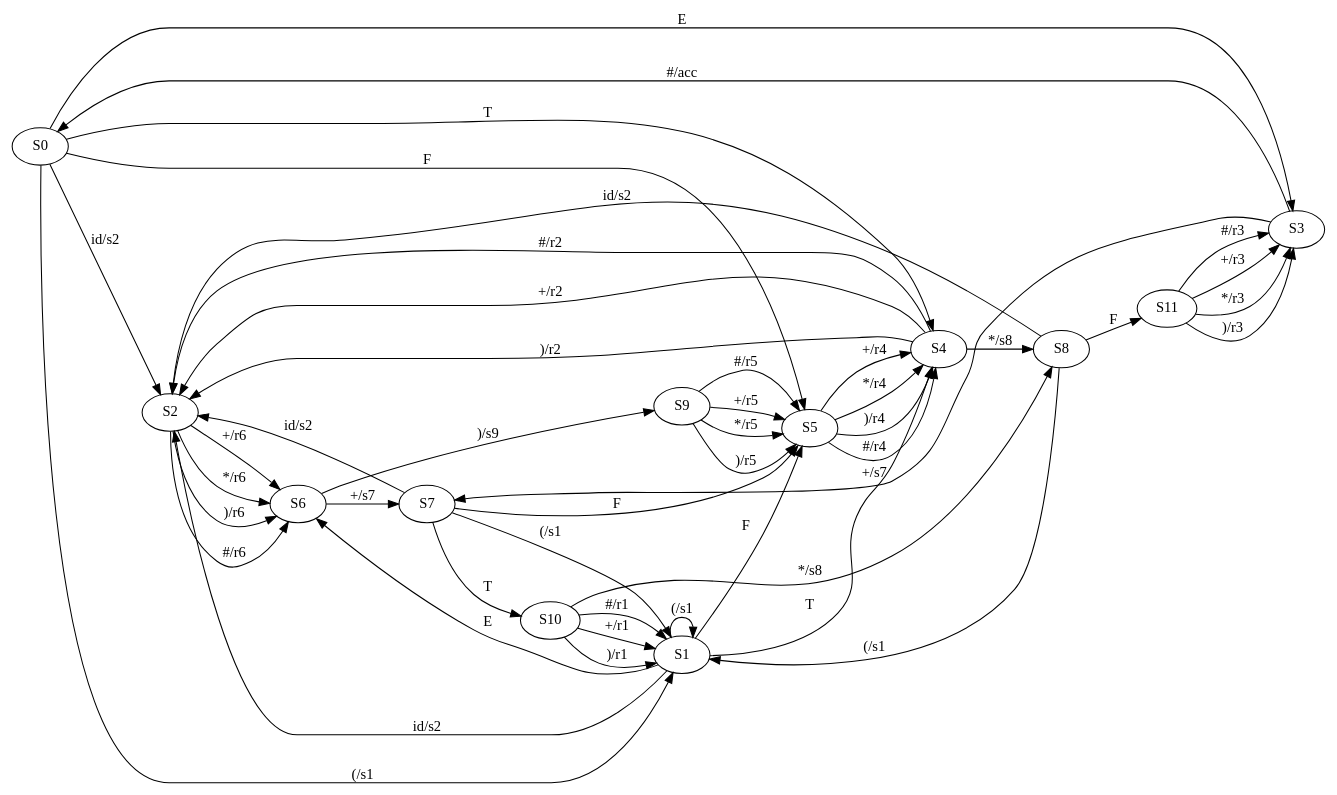
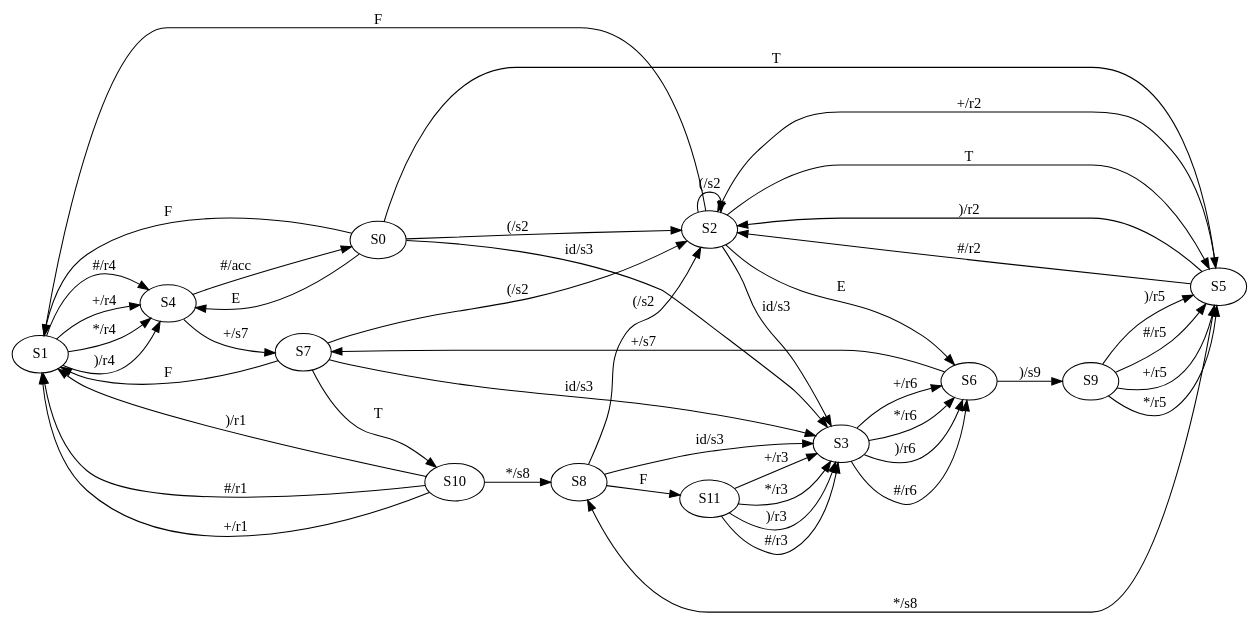
The diagram in lab4/parse_table.dot (Singert/XJTU_COMP451105), drawn with Graphviz before and after one commit. The commit also changed 16 other files, not shown here.

```diff
--- a/lab4/parse_table.dot
+++ b/lab4/parse_table.dot
@@ -1,49 +1,49 @@
 digraph ParseTable {
   rankdir=LR;
   node [shape=ellipse];
-  S0 -> S2 [label="id/s2"];
-  S0 -> S1 [label="(/s1"];
-  S2 -> S6 [label="#/r6"];
-  S2 -> S6 [label="+/r6"];
-  S2 -> S6 [label="*/r6"];
-  S2 -> S6 [label=")/r6"];
-  S3 -> S0 [label="#/acc"];
-  S3 -> S7 [label="+/s7"];
-  S5 -> S4 [label=")/r4"];
-  S5 -> S4 [label="#/r4"];
-  S5 -> S4 [label="+/r4"];
-  S5 -> S4 [label="*/r4"];
-  S7 -> S1 [label="(/s1"];
-  S7 -> S2 [label="id/s2"];
-  S9 -> S5 [label=")/r5"];
+  S1 -> S4 [label="#/r4"];
+  S1 -> S4 [label="+/r4"];
+  S1 -> S4 [label="*/r4"];
+  S1 -> S4 [label=")/r4"];
+  S2 -> S3 [label="id/s3"];
+  S2 -> S2 [label="(/s2"];
+  S7 -> S3 [label="id/s3"];
+  S7 -> S2 [label="(/s2"];
+  S10 -> S1 [label="#/r1"];
+  S10 -> S1 [label="+/r1"];
+  S10 -> S1 [label=")/r1"];
+  S10 -> S8 [label="*/s8"];
+  S11 -> S3 [label="*/r3"];
+  S11 -> S3 [label=")/r3"];
+  S11 -> S3 [label="#/r3"];
+  S11 -> S3 [label="+/r3"];
+  S0 -> S2 [label="(/s2"];
+  S0 -> S3 [label="id/s3"];
+  S3 -> S6 [label="#/r6"];
+  S3 -> S6 [label="+/r6"];
+  S3 -> S6 [label="*/r6"];
+  S3 -> S6 [label=")/r6"];
+  S4 -> S0 [label="#/acc"];
+  S4 -> S7 [label="+/s7"];
+  S5 -> S8 [label="*/s8"];
+  S5 -> S2 [label=")/r2"];
+  S5 -> S2 [label="#/r2"];
+  S5 -> S2 [label="+/r2"];
+  S6 -> S9 [label=")/s9"];
+  S6 -> S7 [label="+/s7"];
+  S8 -> S2 [label="(/s2"];
+  S8 -> S3 [label="id/s3"];
   S9 -> S5 [label="#/r5"];
   S9 -> S5 [label="+/r5"];
   S9 -> S5 [label="*/r5"];
-  S11 -> S3 [label="+/r3"];
-  S11 -> S3 [label="*/r3"];
-  S11 -> S3 [label=")/r3"];
-  S11 -> S3 [label="#/r3"];
-  S1 -> S1 [label="(/s1"];
-  S1 -> S2 [label="id/s2"];
-  S4 -> S8 [label="*/s8"];
-  S4 -> S2 [label="#/r2"];
-  S4 -> S2 [label="+/r2"];
-  S4 -> S2 [label=")/r2"];
-  S6 -> S9 [label=")/s9"];
-  S6 -> S7 [label="+/s7"];
-  S8 -> S1 [label="(/s1"];
-  S8 -> S2 [label="id/s2"];
-  S10 -> S8 [label="*/s8"];
-  S10 -> S1 [label="+/r1"];
-  S10 -> S1 [label=")/r1"];
-  S10 -> S1 [label="#/r1"];
-  S1 -> S4 [label="T"];
-  S1 -> S5 [label="F"];
-  S1 -> S6 [label="E"];
+  S9 -> S5 [label=")/r5"];
+  S2 -> S6 [label="E"];
+  S2 -> S5 [label="T"];
+  S2 -> S1 [label="F"];
+  S0 -> S4 [label="E"];
+  S0 -> S5 [label="T"];
+  S0 -> S1 [label="F"];
   S7 -> S10 [label="T"];
-  S7 -> S5 [label="F"];
-  S0 -> S5 [label="F"];
-  S0 -> S3 [label="E"];
-  S0 -> S4 [label="T"];
+  S7 -> S1 [label="F"];
   S8 -> S11 [label="F"];
 }
```
